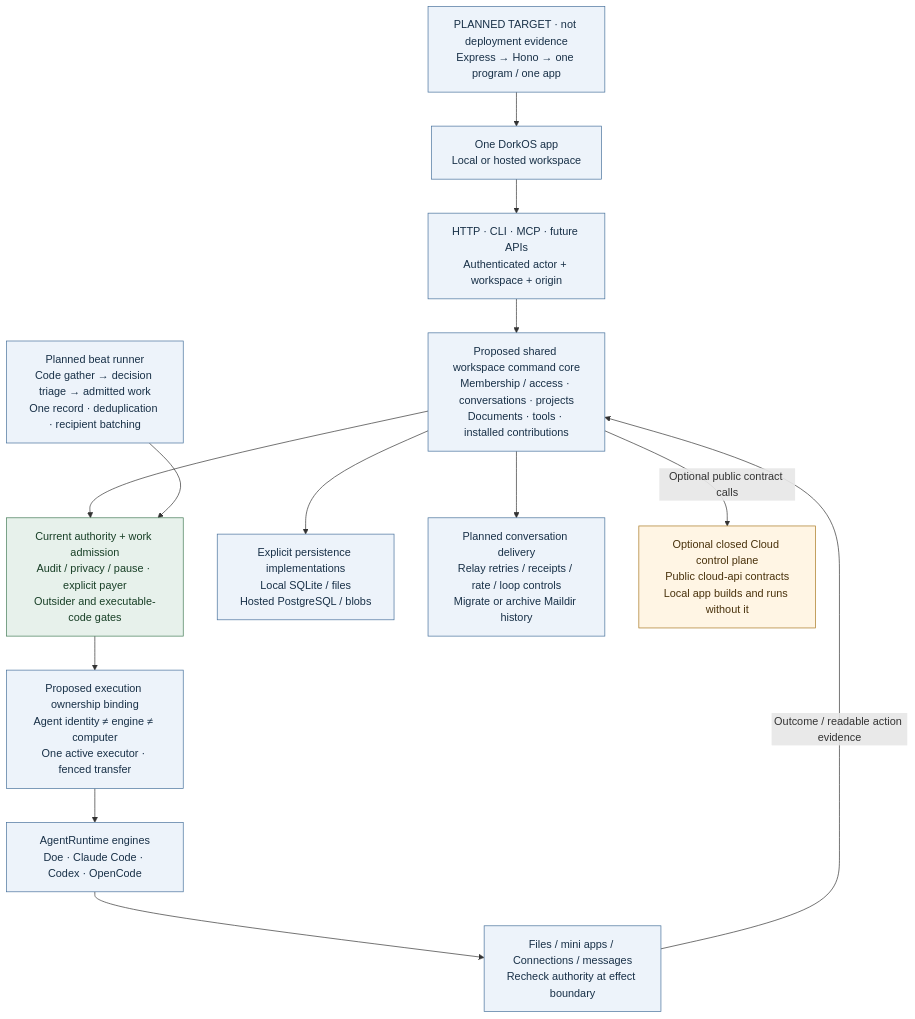
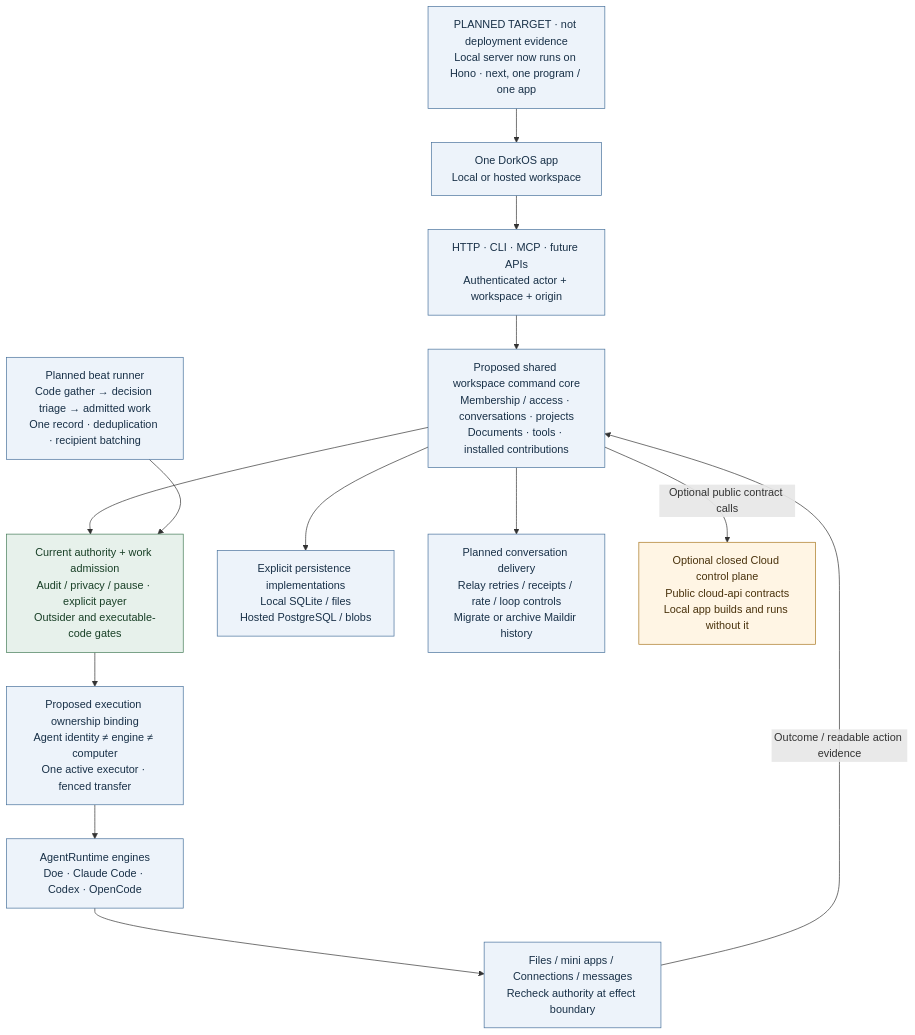
The diagram in contributing/diagrams/architecture/vision-reset-target.mmd (dork-labs/dorkos), drawn with Mermaid before and after one commit. The commit also changed 28 other files, not shown here.

First line of the commit message:
docs: the server runs on Hono (DOR-2818)

```diff
--- a/contributing/diagrams/architecture/vision-reset-target.mmd
+++ b/contributing/diagrams/architecture/vision-reset-target.mmd
@@ -1,33 +1,33 @@
 flowchart TB
   accTitle: Planned DorkOS architecture after the vision reset
   accDescr: This entire view is planned architecture, not deployed topology. One app and a proposed shared workspace command core run locally or hosted, preserving optional Cloud and accountless local use. Persistence and execution placement remain explicit. Audit, current authority and work admission govern effects. Runtimes select engines, not authority or placement. Only one executor may own an agent; transfer fencing is not implemented. Relay will deliver conversation messages after migration.
-  direction["PLANNED TARGET · not deployment evidence<br/>Express → Hono → one program / one app"]
+  direction["PLANNED TARGET · not deployment evidence<br/>Local server now runs on Hono · next, one program / one app"]
   app["One DorkOS app<br/>Local or hosted workspace"]
   entry["HTTP · CLI · MCP · future APIs<br/>Authenticated actor + workspace + origin"]
   core["Proposed shared workspace command core<br/>Membership / access · conversations · projects<br/>Documents · tools · installed contributions"]
   guard["Current authority + work admission<br/>Audit / privacy / pause · explicit payer<br/>Outsider and executable-code gates"]
   stores["Explicit persistence implementations<br/>Local SQLite / files<br/>Hosted PostgreSQL / blobs"]
   delivery["Planned conversation delivery<br/>Relay retries / receipts / rate / loop controls<br/>Migrate or archive Maildir history"]
   wakes["Planned beat runner<br/>Code gather → decision triage → admitted work<br/>One record · deduplication · recipient batching"]
   placement["Proposed execution ownership binding<br/>Agent identity ≠ engine ≠ computer<br/>One active executor · fenced transfer"]
   engines["AgentRuntime engines<br/>Doe · Claude Code · Codex · OpenCode"]
   effects["Files / mini apps / Connections / messages<br/>Recheck authority at effect boundary"]
   cloud["Optional closed Cloud control plane<br/>Public cloud-api contracts<br/>Local app builds and runs without it"]
   direction --> app
   app --> entry
   entry --> core
   core --> stores
   core --> delivery
   core --> guard
   wakes --> guard
   guard --> placement
   placement --> engines
   engines --> effects
   effects -->|"Outcome / readable action evidence"| core
   core -->|"Optional public contract calls"| cloud
   classDef planned fill:#edf3fa,stroke:#46709b,color:#183047
   classDef gate fill:#e7f1eb,stroke:#427a55,color:#183f26
   classDef optional fill:#fff5e4,stroke:#a87720,color:#49320c
   class direction,app,entry,core,stores,delivery,wakes,placement,engines,effects planned
   class guard gate
   class cloud optional
```
